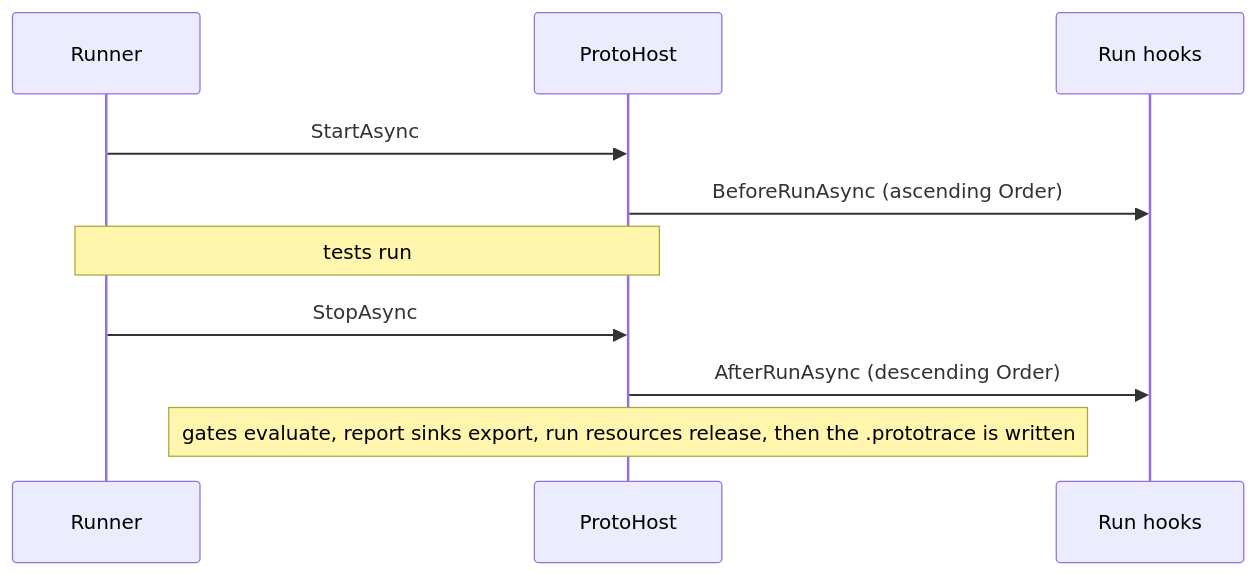
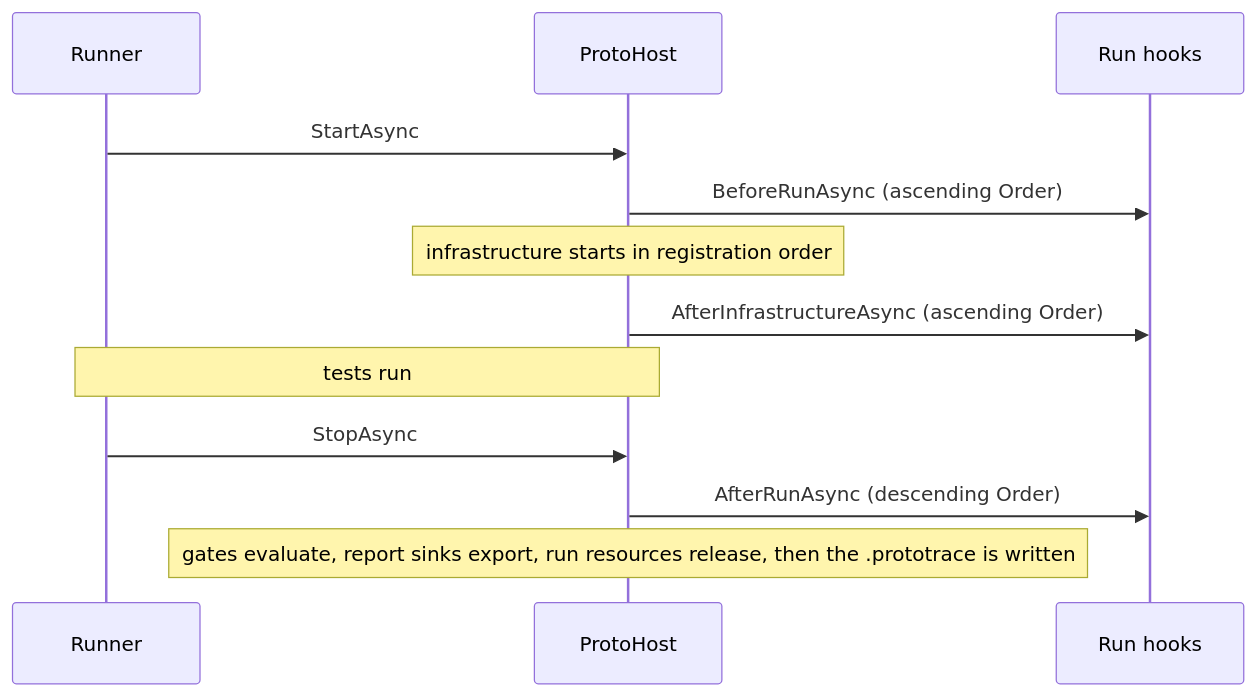
One commit to MSeys/ProtoTest changed the diagram in docs/docs/foundation/lifecycle.md. Above: the diagram before and after it, drawn with Mermaid. The commit also changed other lines of this file and 40 other files, not shown here.

Commit message:
Release 1.1.5: read an API description or a GraphQL schema from the application under test, in process too, and keep nested coverage units apart when comparing runs.

````diff
--- a/docs/docs/foundation/lifecycle.md
+++ b/docs/docs/foundation/lifecycle.md
@@ -86,12 +86,14 @@
 ```mermaid
 sequenceDiagram
     participant Runner
     participant Host as ProtoHost
     participant RunHooks as Run hooks
     Runner->>Host: StartAsync
     Host->>RunHooks: BeforeRunAsync (ascending Order)
+    Note over Host: infrastructure starts in registration order
+    Host->>RunHooks: AfterInfrastructureAsync (ascending Order)
     Note over Runner,Host: tests run
     Runner->>Host: StopAsync
     Host->>RunHooks: AfterRunAsync (descending Order)
     Note over Host: gates evaluate, report sinks export, run resources release, then the .prototrace is written
 ```
````
